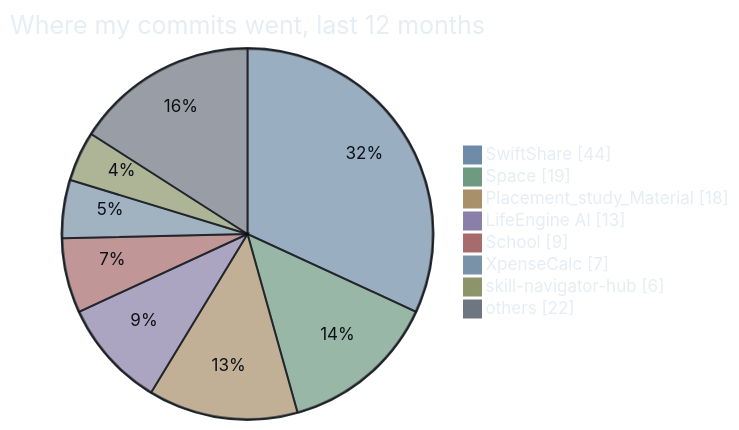
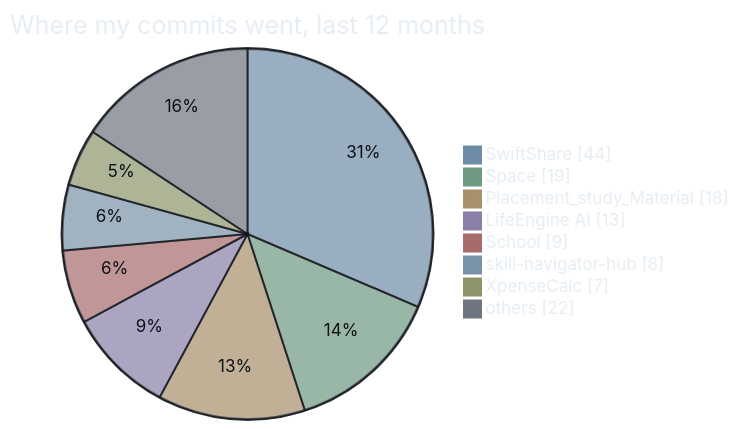
Before and after one commit to AyushPandey510/AyushPandey510: the seventh of 7 diagrams in README.md, drawn with Mermaid. The commit also changed other lines of this file and 9 other files, not shown here.

````diff
--- a/README.md
+++ b/README.md
@@ -187,12 +187,12 @@
 ```mermaid
 %%{init: {"theme":"base","themeVariables":{"pie1":"#6E8CA8","pie2":"#6F9A82","pie3":"#A8906A","pie4":"#8A7FA8","pie5":"#A86B6B","pie6":"#7A92A8","pie7":"#8C956A","pie8":"#6E7681","pieStrokeColor":"#0D1117","pieStrokeWidth":"2px","pieOuterStrokeColor":"#30363D","pieTitleTextColor":"#E6EDF3","pieSectionTextColor":"#0D1117","pieLegendTextColor":"#E6EDF3","fontFamily":"monospace"}}}%%
 pie showData title Where my commits went, last 12 months
     "SwiftShare" : 44
     "Space" : 19
     "Placement_study_Material" : 18
     "LifeEngine AI" : 13
     "School" : 9
+    "skill-navigator-hub" : 8
     "XpenseCalc" : 7
-    "skill-navigator-hub" : 6
     "others" : 22
 ```
````
